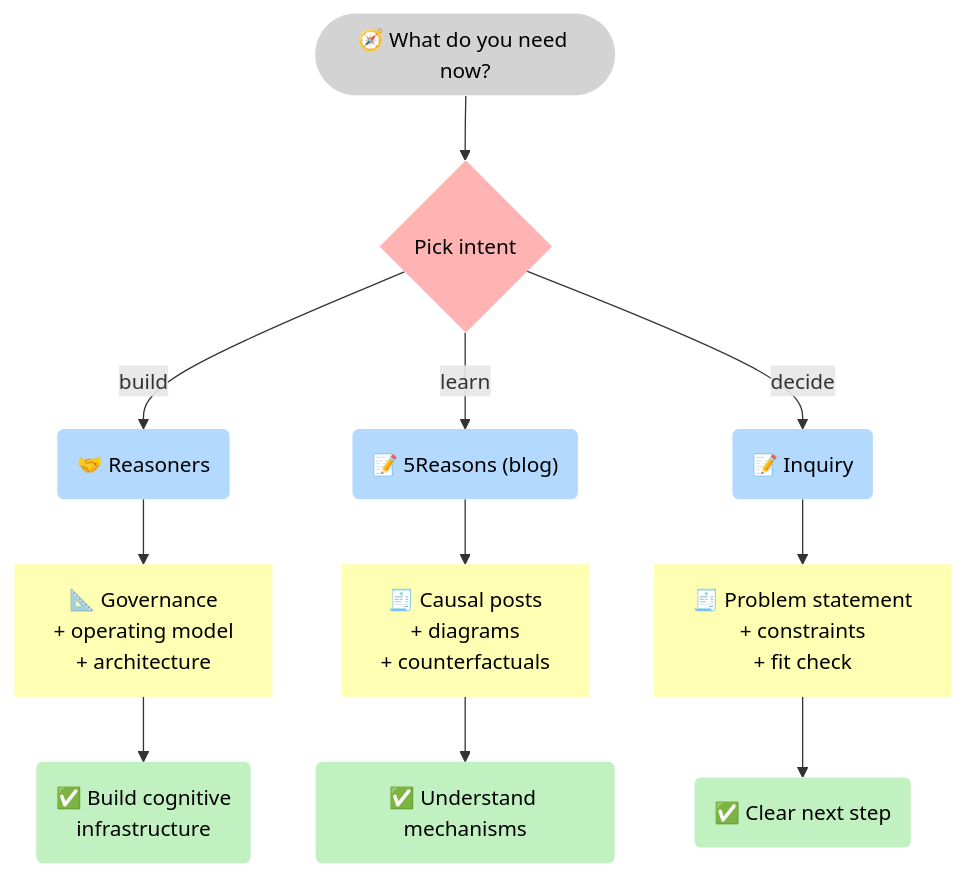
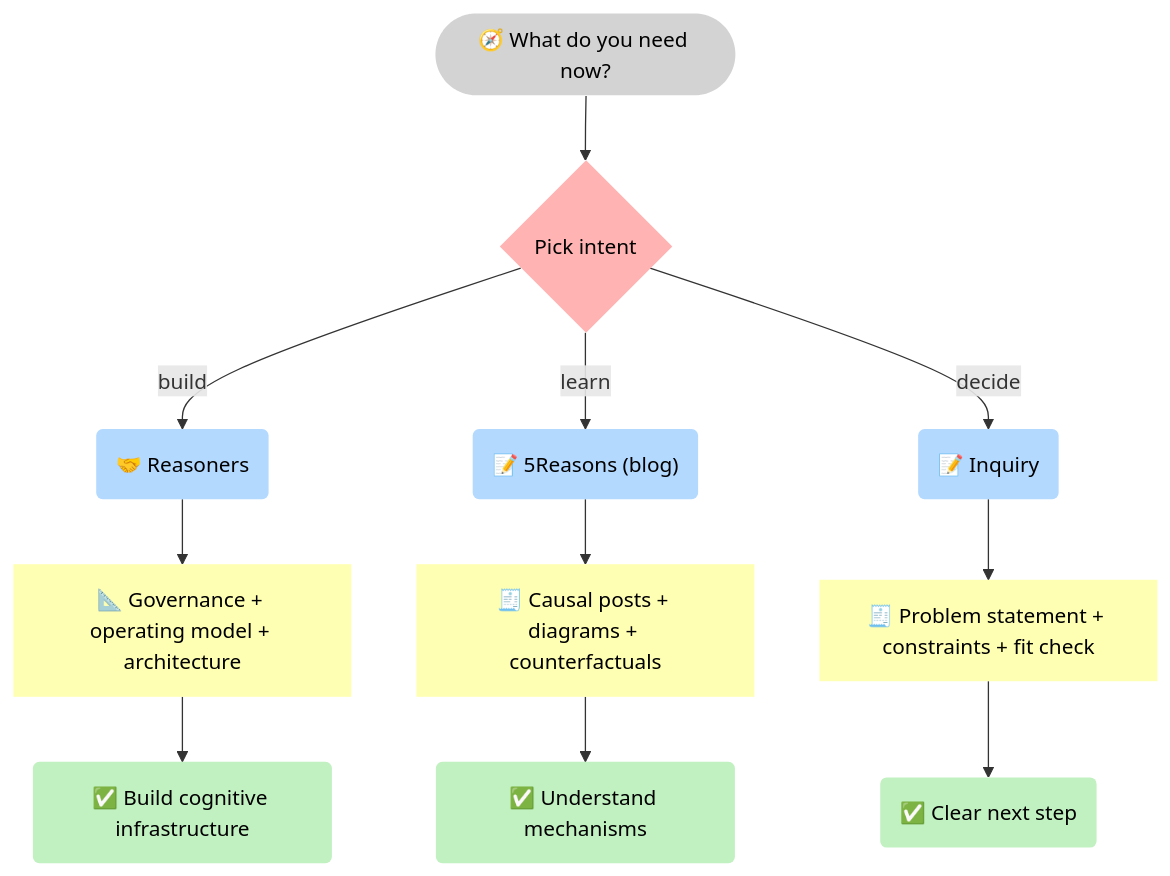
One commit to 5Reasons/5reasons.github.io changed the fifth of 5 diagrams in docs/index.md. Above: the diagram before and after it, drawn with Mermaid. The commit also changed other lines of this file and 4 other files, not shown here.

Commit message:
Enhance Mermaid label handling: Implement JavaScript fixes for inline label styles and ensure proper text wrapping in diagrams

````diff
--- a/docs/index.md
+++ b/docs/index.md
@@ -398,38 +398,38 @@
 ```mermaid
 flowchart TB
 %% Styles (brModel Standard)
 classDef i fill:#D3D3D3,stroke-width:0px,color:#000;
 classDef p fill:#B3D9FF,stroke-width:0px,color:#000;
 classDef r fill:#FFFFB3,stroke-width:0px,color:#000;
 classDef o fill:#C1F0C1,stroke-width:0px,color:#000;
 classDef s fill:#FFB3B3,stroke-width:0px,color:#000;
 
 I_Intent(["🧭 What do you need now?"]):::i
 P_Pick{"Pick intent"}:::s
 
 P_Reasoners("🤝 Reasoners"):::p
-R_Reasoners["📐 Governance <br>+ operating model <br>+ architecture"]:::r
-O_Reasoners("✅ Build cognitive <br>infrastructure"):::o
+R_Reasoners["📐 Governance + operating model + architecture"]:::r
+O_Reasoners("✅ Build cognitive infrastructure"):::o
 
 P_5Reasons("📝 5Reasons (blog)"):::p
-R_5Reasons["🧾 Causal posts <br>+ diagrams <br>+ counterfactuals"]:::r
+R_5Reasons["🧾 Causal posts + diagrams + counterfactuals"]:::r
 O_5Reasons("✅ Understand mechanisms"):::o
 
 P_Inquiry("📝 Inquiry"):::p
-R_Inquiry["🧾 Problem statement <br>+ constraints <br>+ fit check"]:::r
+R_Inquiry["🧾 Problem statement + constraints + fit check"]:::r
 O_Inquiry("✅ Clear next step"):::o
 
 I_Intent --> P_Pick
 P_Pick -->|"build"| P_Reasoners --> R_Reasoners --> O_Reasoners
 P_Pick -->|"learn"| P_5Reasons --> R_5Reasons --> O_5Reasons
 P_Pick -->|"decide"| P_Inquiry --> R_Inquiry --> O_Inquiry
 
 
 
 click P_Reasoners "/reasoners/" "Reasoners"
 click O_Reasoners "/reasoners/" "Reasoners"
 click P_5Reasons "/blog/" "Blog"
 click O_5Reasons "/blog/" "Blog"
 click P_Inquiry "/home/inquiry/" "Inquiry"
 click O_Inquiry "/home/inquiry/" "Inquiry"
 ```
````
